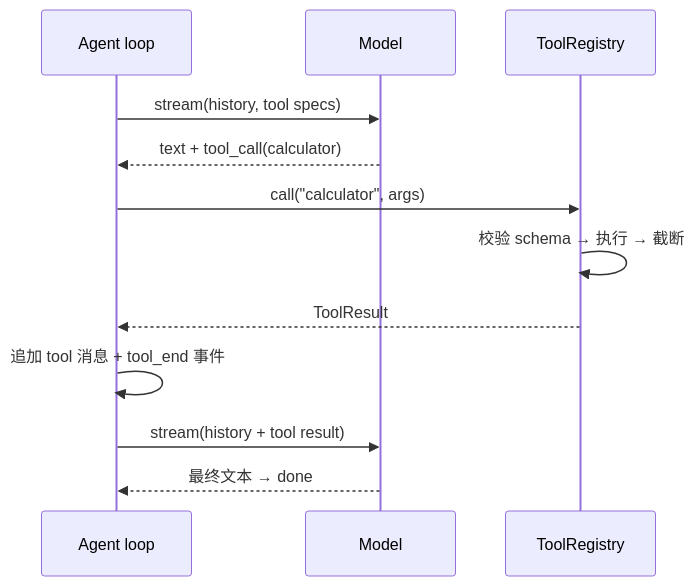
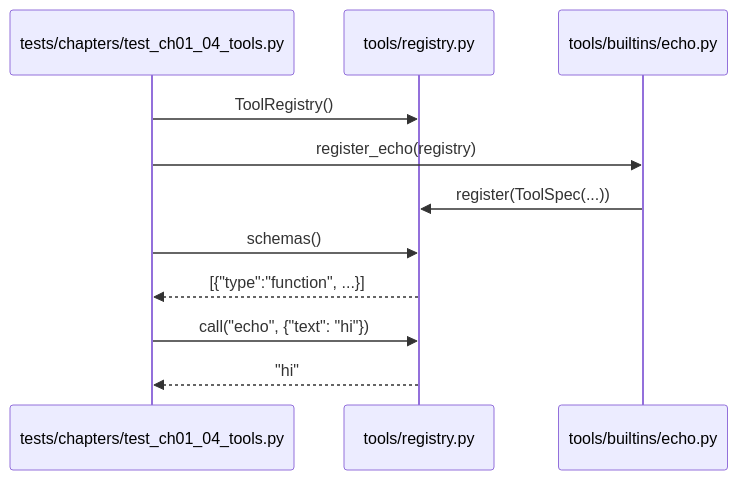
The diagram in work-agent-harness/doc/evoflow-学习规划/01-最小闭环/04-工具协议与首批工具.md (G0-000/agent-book), drawn with Mermaid before and after one commit. The commit also changed other lines of this file and 17 other files, not shown here.

````diff
--- a/work-agent-harness/doc/evoflow-学习规划/01-最小闭环/04-工具协议与首批工具.md
+++ b/work-agent-harness/doc/evoflow-学习规划/01-最小闭环/04-工具协议与首批工具.md
@@ -21,14 +15,13 @@
 ```mermaid
 sequenceDiagram
-    participant A as Agent loop
-    participant M as Model
-    participant R as ToolRegistry
-    A->>M: stream(history, tool specs)
-    M-->>A: text + tool_call(calculator)
-    A->>R: call("calculator", args)
-    R->>R: 校验 schema → 执行 → 截断
-    R-->>A: ToolResult
-    A->>A: 追加 tool 消息 + tool_end 事件
-    A->>M: stream(history + tool result)
-    M-->>A: 最终文本 → done
+    participant T as tests/chapters/test_ch01_04_tools.py
+    participant R as tools/registry.py
+    participant E as tools/builtins/echo.py
+    T->>R: ToolRegistry()
+    T->>E: register_echo(registry)
+    E->>R: register(ToolSpec(...))
+    T->>R: schemas()
+    R-->>T: [{"type":"function", ...}]
+    T->>R: call("echo", {"text": "hi"})
+    R-->>T: "hi"
 ```
````
